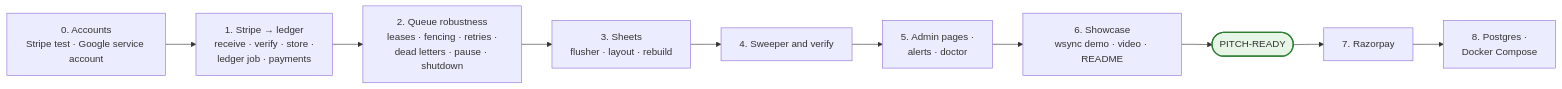
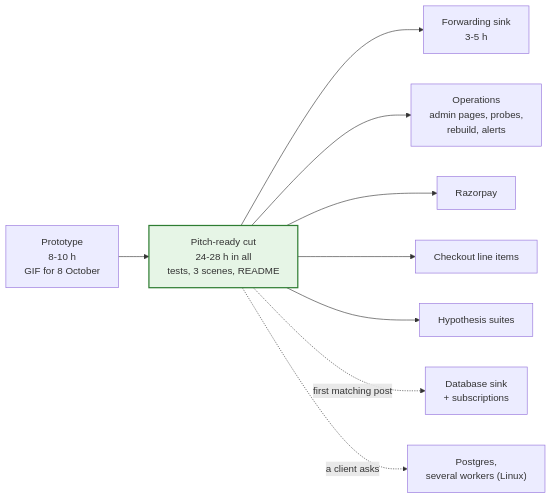
One commit to lalitkarthik/webhook-sync changed the diagram in docs/design/build-order.md. Above: the diagram before and after it, drawn with Mermaid. The commit also changed other lines of this file and 23 other files, not shown here.

````diff
--- a/docs/design/build-order.md
+++ b/docs/design/build-order.md
@@ -9,14 +11,13 @@
 ```mermaid
 flowchart LR
-  P0["0. Accounts<br/>Stripe test · Google service account"] --> S1
-  S1["1. Stripe → ledger<br/>receive · verify · store ·<br/>ledger job · payments"] --> S2["2. Queue robustness<br/>leases · fencing · retries ·<br/>dead letters · pause · shutdown"]
-  S2 --> S3["3. Sheets<br/>flusher · layout · rebuild"]
-  S3 --> S4["4. Sweeper and verify"]
-  S4 --> S5["5. Admin pages ·<br/>alerts · doctor"]
-  S5 --> S6["6. Showcase<br/>wsync demo · video · README"]
-  S6 --> PR(["PITCH-READY"])
-  PR --> S7["7. Razorpay"]
-  S7 --> S8["8. Postgres ·<br/>Docker Compose"]
+  P["Prototype<br/>8-10 h<br/>GIF for 8 October"] --> C["Pitch-ready cut<br/>24-28 h in all<br/>tests, 3 scenes, README"]
+  C --> F["Forwarding sink<br/>3-5 h"]
+  C --> OPS["Operations<br/>admin pages, probes,<br/>rebuild, alerts"]
+  C --> RZ["Razorpay"]
+  C --> CK["Checkout line items"]
+  C --> HY["Hypothesis suites"]
+  C -. "first matching post" .-> DS["Database sink<br/>+ subscriptions"]
+  C -. "a client asks" .-> PG["Postgres,<br/>several workers (Linux)"]
   classDef ready fill:#e6f5e6,stroke:#2e7d32,stroke-width:2px
-  class PR ready
+  class C ready
 ```
````
